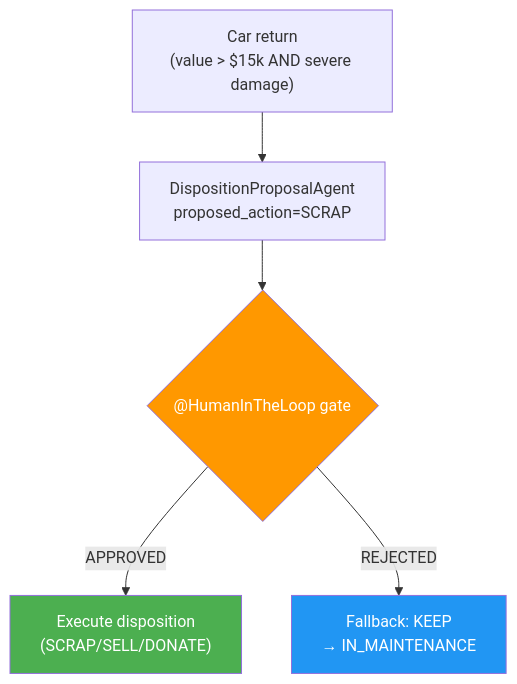
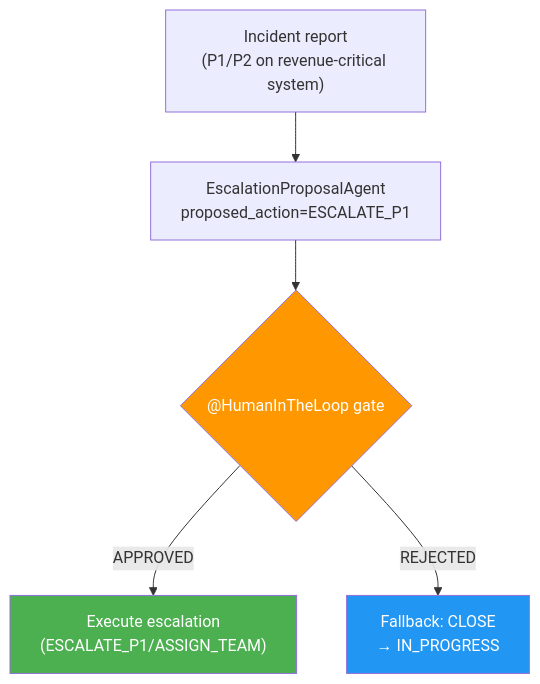
One commit to danieloh30/techxchange-2026-quarkus-bob-lab changed the second of 3 diagrams in docs/LAB_GUIDE.md. Above: the diagram before and after it, drawn with Mermaid. The commit also changed other lines of this file and 366 other files, not shown here.

First line of the commit message:
refactor: retheme entire lab from car rental to IT incident management

````diff
--- a/docs/LAB_GUIDE.md
+++ b/docs/LAB_GUIDE.md
@@ -401,12 +401,12 @@
 ```mermaid
 flowchart TD
-    CR["Car return<br/>(value > $15k AND severe damage)"] --> DPA
-    DPA["DispositionProposalAgent<br/>proposed_action=SCRAP"] --> HITL
+    IR["Incident report<br/>(P1/P2 on revenue-critical system)"] --> EPA
+    EPA["EscalationProposalAgent<br/>proposed_action=ESCALATE_P1"] --> HITL
     HITL{"@HumanInTheLoop gate"}
-    HITL -->|APPROVED| EXEC["Execute disposition<br/>(SCRAP/SELL/DONATE)"]
-    HITL -->|REJECTED| FALL["Fallback: KEEP<br/>→ IN_MAINTENANCE"]
+    HITL -->|APPROVED| EXEC["Execute escalation<br/>(ESCALATE_P1/ASSIGN_TEAM)"]
+    HITL -->|REJECTED| FALL["Fallback: CLOSE<br/>→ IN_PROGRESS"]
 
     style HITL fill:#ff9800,color:#fff
     style EXEC fill:#4caf50,color:#fff
     style FALL fill:#2196f3,color:#fff
 ```
````
